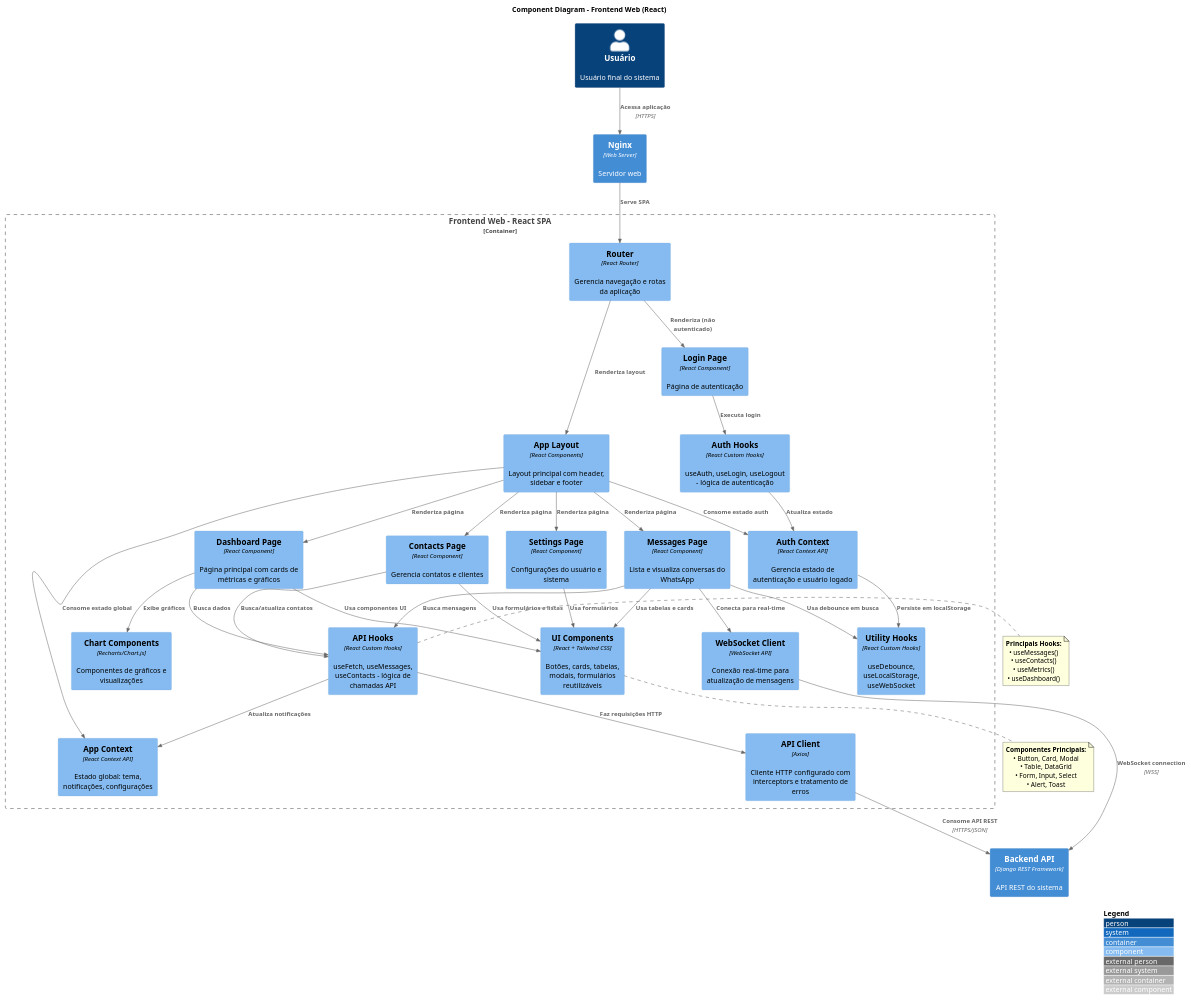
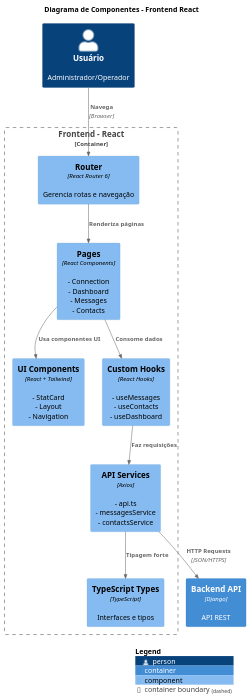
Before and after one commit to gab-correia/whatsapp-dashboard: the diagram in docs/architecture/c4/03-component-frontend-diagram.puml, drawn with PlantUML. The commit also changed 7 other files, not shown here.

Commit message:
docs: add complete C4 architecture documentation

```diff
--- a/docs/architecture/c4/03-component-frontend-diagram.puml
+++ b/docs/architecture/c4/03-component-frontend-diagram.puml
@@ -1,121 +1,34 @@
-@startuml 03-component-frontend
+@startuml WhatsApp Dashboard - Frontend Components
 !include https://raw.githubusercontent.com/plantuml-stdlib/C4-PlantUML/master/C4_Component.puml
 
 LAYOUT_WITH_LEGEND()
 
-title Component Diagram - Frontend Web (React)
+title Diagrama de Componentes - Frontend React
 
-' =====================================================================
-' Elementos Externos ao Container
-' =====================================================================
-Person(user, "Usuário", "Usuário final do sistema")
-Container(backend_api, "Backend API", "Django REST Framework", "API REST do sistema")
-Container(nginx, "Nginx", "Web Server", "Servidor web")
+Person(user, "Usuário", "Administrador/Operador")
+Container(api, "Backend API", "Django", "API REST")
 
-' =====================================================================
-' Container em Foco com seus Componentes
-' =====================================================================
-Container_Boundary(frontend_app, "Frontend Web - React SPA") {
-    
-    ' --- Camada de Roteamento e Layout ---
-    Component(router, "Router", "React Router", "Gerencia navegação e rotas da aplicação")
-    Component(app_layout, "App Layout", "React Components", "Layout principal com header, sidebar e footer")
-    
-    ' --- Páginas Principais ---
-    Component(dashboard_page, "Dashboard Page", "React Component", "Página principal com cards de métricas e gráficos")
-    Component(messages_page, "Messages Page", "React Component", "Lista e visualiza conversas do WhatsApp")
-    Component(contacts_page, "Contacts Page", "React Component", "Gerencia contatos e clientes")
-    Component(settings_page, "Settings Page", "React Component", "Configurações do usuário e sistema")
-    Component(login_page, "Login Page", "React Component", "Página de autenticação")
-    
-    ' --- Componentes UI Reutilizáveis ---
-    Component(ui_components, "UI Components", "React + Tailwind CSS", "Botões, cards, tabelas, modais, formulários reutilizáveis")
-    Component(chart_components, "Chart Components", "Recharts/Chart.js", "Componentes de gráficos e visualizações")
-    
-    ' --- Gerenciamento de Estado ---
-    Component(auth_context, "Auth Context", "React Context API", "Gerencia estado de autenticação e usuário logado")
-    Component(app_context, "App Context", "React Context API", "Estado global: tema, notificações, configurações")
-    
-    ' --- Custom Hooks ---
-    Component(api_hooks, "API Hooks", "React Custom Hooks", "useFetch, useMessages, useContacts - lógica de chamadas API")
-    Component(auth_hooks, "Auth Hooks", "React Custom Hooks", "useAuth, useLogin, useLogout - lógica de autenticação")
-    Component(utility_hooks, "Utility Hooks", "React Custom Hooks", "useDebounce, useLocalStorage, useWebSocket")
-    
-    ' --- Camada de Comunicação ---
-    Component(api_client, "API Client", "Axios", "Cliente HTTP configurado com interceptors e tratamento de erros")
-    Component(websocket_client, "WebSocket Client", "WebSocket API", "Conexão real-time para atualização de mensagens")
+Container_Boundary(frontend, "Frontend - React") {
+    Component(router, "Router", "React Router 6", "Gerencia rotas e navegação")
+    Component(pages, "Pages", "React Components", "- Connection\n- Dashboard\n- Messages\n- Contacts")
+    Component(components, "UI Components", "React + Tailwind", "- StatCard\n- Layout\n- Navigation")
+    Component(hooks, "Custom Hooks", "React Hooks", "- useMessages\n- useContacts\n- useDashboard")
+    Component(services, "API Services", "Axios", "- api.ts\n- messagesService\n- contactsService")
+    Component(types, "TypeScript Types", "TypeScript", "Interfaces e tipos")
 }
 
-' =====================================================================
-' Relacionamentos - Usuário para Frontend
-' =====================================================================
-Rel(user, nginx, "Acessa aplicação", "HTTPS")
-Rel(nginx, router, "Serve SPA")
+' Usuário
+Rel(user, router, "Navega", "Browser")
 
-' =====================================================================
-' Relacionamentos - Roteamento
-' =====================================================================
-Rel(router, app_layout, "Renderiza layout")
-Rel(app_layout, dashboard_page, "Renderiza página")
-Rel(app_layout, messages_page, "Renderiza página")
-Rel(app_layout, contacts_page, "Renderiza página")
-Rel(app_layout, settings_page, "Renderiza página")
-Rel(router, login_page, "Renderiza (não autenticado)")
+' Componentes internos
+Rel(router, pages, "Renderiza páginas")
+Rel(pages, components, "Usa componentes UI")
+Rel(pages, hooks, "Consome dados")
+Rel(hooks, services, "Faz requisições")
+Rel(services, types, "Tipagem forte")
 
-' =====================================================================
-' Relacionamentos - Páginas para Componentes
-' =====================================================================
-Rel(dashboard_page, chart_components, "Exibe gráficos")
-Rel(dashboard_page, ui_components, "Usa componentes UI")
-Rel(messages_page, ui_components, "Usa tabelas e cards")
-Rel(contacts_page, ui_components, "Usa formulários e listas")
-Rel(settings_page, ui_components, "Usa formulários")
+' External
+Rel(services, api, "HTTP Requests", "JSON/HTTPS")
 
-' =====================================================================
-' Relacionamentos - Hooks e Contexto
-' =====================================================================
-Rel(dashboard_page, api_hooks, "Busca dados")
-Rel(messages_page, api_hooks, "Busca mensagens")
-Rel(contacts_page, api_hooks, "Busca/atualiza contatos")
-Rel(login_page, auth_hooks, "Executa login")
-
-Rel(app_layout, auth_context, "Consome estado auth")
-Rel(app_layout, app_context, "Consome estado global")
-Rel(auth_hooks, auth_context, "Atualiza estado")
-Rel(api_hooks, app_context, "Atualiza notificações")
-
-' =====================================================================
-' Relacionamentos - Comunicação com Backend
-' =====================================================================
-Rel(api_hooks, api_client, "Faz requisições HTTP")
-Rel(api_client, backend_api, "Consome API REST", "HTTPS/JSON")
-
-Rel(messages_page, websocket_client, "Conecta para real-time")
-Rel(websocket_client, backend_api, "WebSocket connection", "WSS")
-
-' =====================================================================
-' Relacionamentos - Utility Hooks
-' =====================================================================
-Rel(messages_page, utility_hooks, "Usa debounce em busca")
-Rel(auth_context, utility_hooks, "Persiste em localStorage")
-
-' =====================================================================
-' Notas Explicativas
-' =====================================================================
-note right of api_hooks
-  **Principais Hooks:**
-  • useMessages()
-  • useContacts()
-  • useMetrics()
-  • useDashboard()
-end note
-
-note bottom of ui_components
-  **Componentes Principais:**
-  • Button, Card, Modal
-  • Table, DataGrid
-  • Form, Input, Select
-  • Alert, Toast
-end note
-
+SHOW_LEGEND()
 @enduml
```
